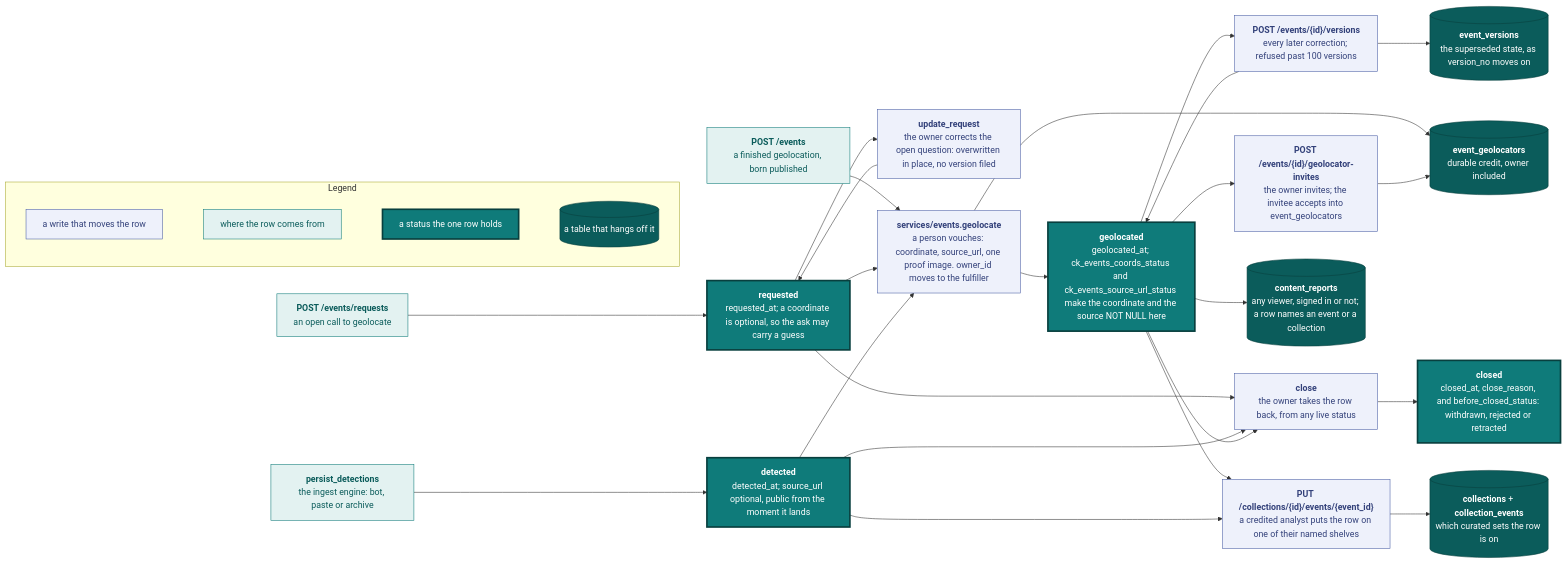
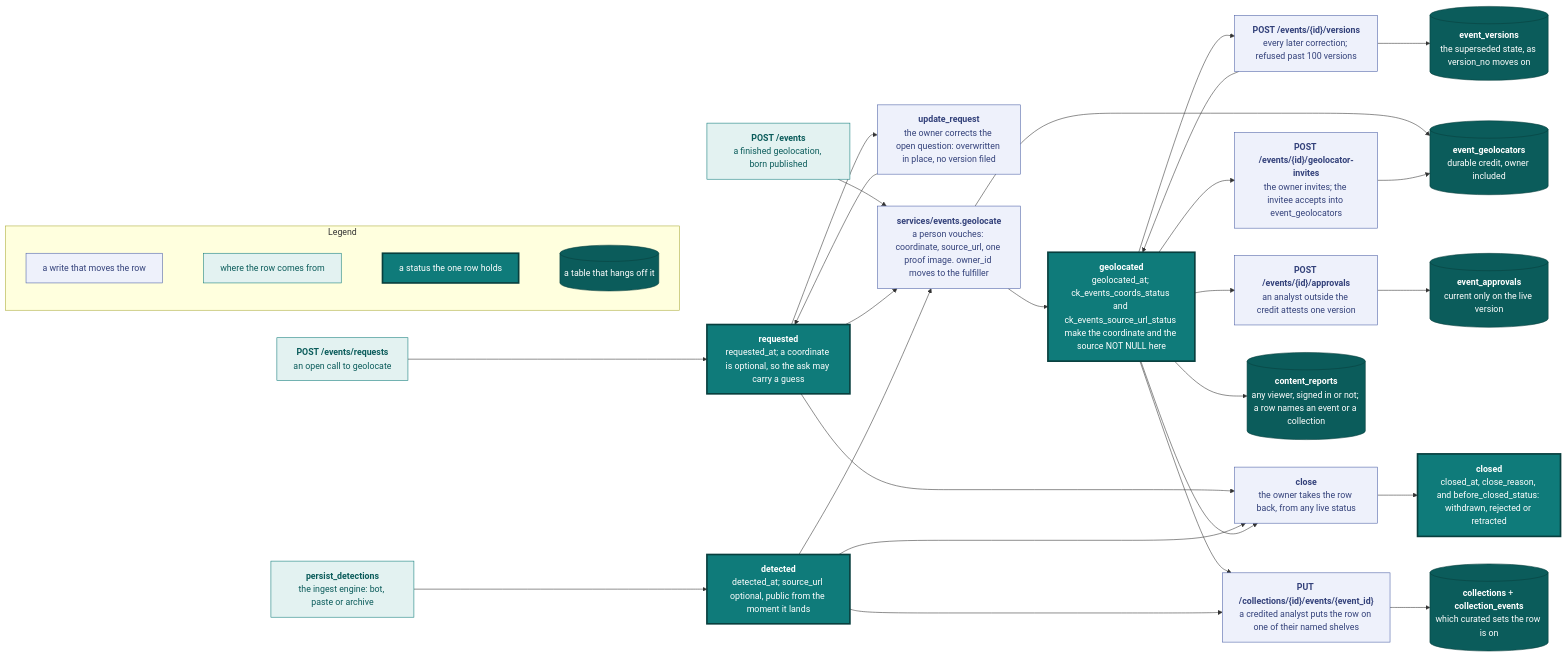
Before and after one commit to vidithq/vidit: the first of 2 diagrams in docs/data-model.md, drawn with Mermaid. The commit also changed other lines of this file and 41 other files, not shown here.

````diff
--- a/docs/data-model.md
+++ b/docs/data-model.md
@@ -5,73 +5,78 @@
 ```mermaid
 flowchart LR
   classDef spec fill:#eef1fb,stroke:#4a5fa5,color:#33417a
   classDef shared fill:#e3f2f1,stroke:#0f7b7a,color:#0b5c5b
   classDef core fill:#0f7b7a,stroke:#083f3e,stroke-width:3px,color:#ffffff
   classDef store fill:#0b5c5b,stroke:#083f3e,color:#ffffff
 
   subgraph legend [Legend]
     direction LR
     l1["`a write that moves the row`"]:::spec
     l2["`where the row comes from`"]:::shared
     l3["`a status the one row holds`"]:::core
     l4[("`a table that hangs off it`")]:::store
     l1 ~~~ l2 ~~~ l3 ~~~ l4
   end
 
   ask["`**POST /events/requests**
   an open call to geolocate`"]:::shared
   submit["`**POST /events**
   a finished geolocation, born published`"]:::shared
   engine["`**persist_detections**
   the ingest engine: bot, paste or archive`"]:::shared
 
   requested["`**requested**
   requested_at; a coordinate is optional, so the ask may carry a guess`"]:::core
   detected["`**detected**
   detected_at; source_url optional, public from the moment it lands`"]:::core
   geolocated["`**geolocated**
   geolocated_at; ck_events_coords_status and ck_events_source_url_status make the coordinate and the source NOT NULL here`"]:::core
   closed["`**closed**
   closed_at, close_reason, and before_closed_status: withdrawn, rejected or retracted`"]:::core
 
   amend["`**update_request**
   the owner corrects the open question: overwritten in place, no version filed`"]:::spec
   vouch["`**services/events.geolocate**
   a person vouches: coordinate, source_url, one proof image. owner_id moves to the fulfiller`"]:::spec
   version["`**POST /events/{id}/versions**
   every later correction; refused past 100 versions`"]:::spec
   close["`**close**
   the owner takes the row back, from any live status`"]:::spec
 
   credit[("`**event_geolocators**
   durable credit, owner included`")]:::store
   invite["`**POST /events/{id}/geolocator-invites**
   the owner invites; the invitee accepts into event_geolocators`"]:::spec
   versions[("`**event_versions**
   the superseded state, as version_no moves on`")]:::store
+  approve["`**POST /events/{id}/approvals**
+  an analyst outside the credit attests one version`"]:::spec
+  approvals[("`**event_approvals**
+  current only on the live version`")]:::store
   reports[("`**content_reports**
   any viewer, signed in or not; a row names an event or a collection`")]:::store
   shelve["`**PUT /collections/{id}/events/{event_id}**
   a credited analyst puts the row on one of their named shelves`"]:::spec
   shelves[("`**collections** + **collection_events**
   which curated sets the row is on`")]:::store
 
   ask --> requested
   engine --> detected
   submit --> vouch
   requested --> amend --> requested
   requested --> vouch
   detected --> vouch
   vouch --> geolocated --> version --> geolocated
   vouch --> credit
   geolocated --> invite --> credit
   version --> versions
+  geolocated --> approve --> approvals
   requested --> close
   detected --> close
   geolocated --> close
   close --> closed
   geolocated --> reports
   geolocated --> shelve
   detected --> shelve
   shelve --> shelves
 ```
````
